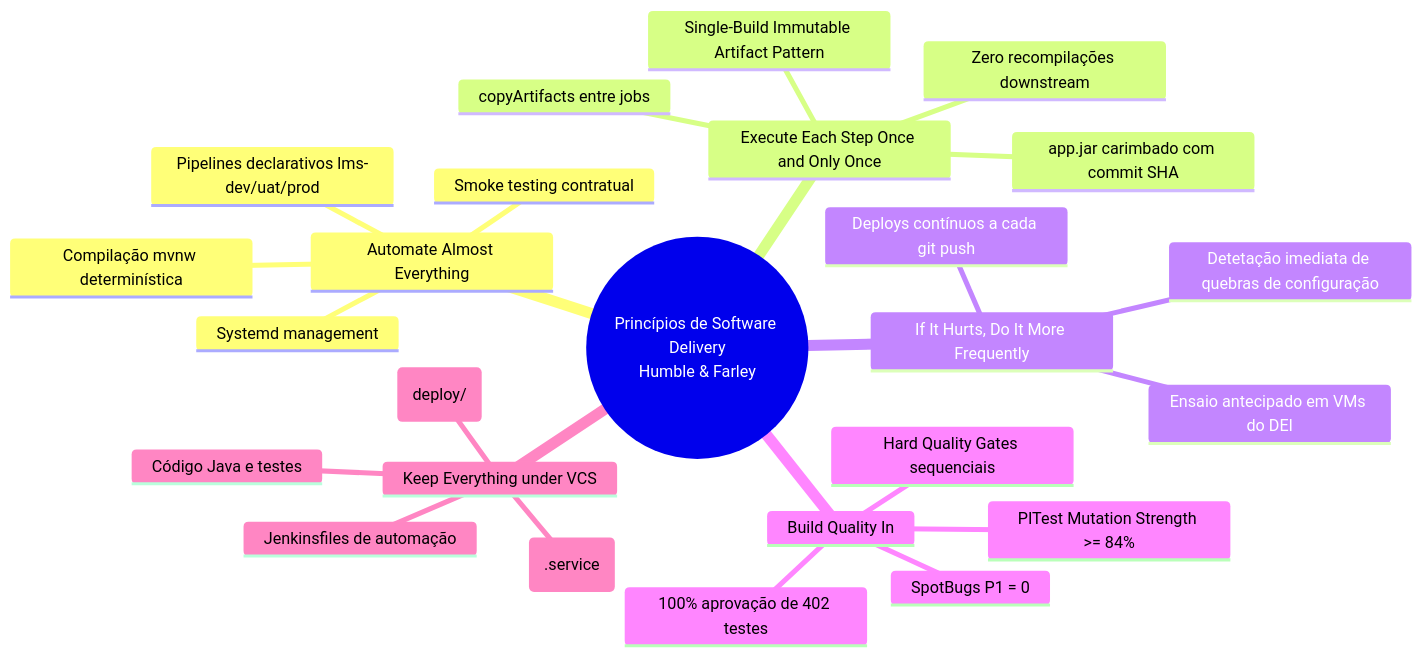
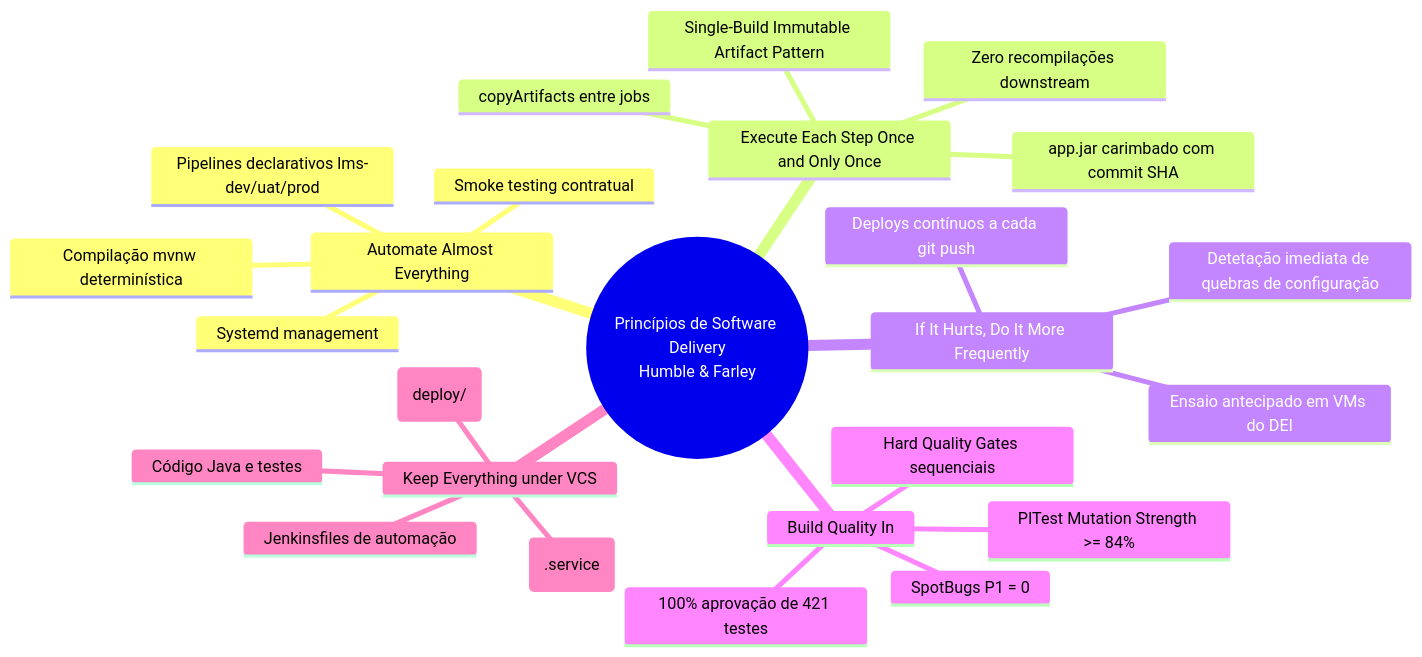
Before and after one commit to RafaelBrandao04/psoft-project-2026-1: the fourth of 4 diagrams in Docs/ODSOFT/process-evaluation/process-evaluation-and-improvement.md, drawn with Mermaid. The commit also changed other lines of this file and 19 other files, not shown here.

````diff
--- a/Docs/ODSOFT/process-evaluation/process-evaluation-and-improvement.md
+++ b/Docs/ODSOFT/process-evaluation/process-evaluation-and-improvement.md
@@ -257,33 +257,33 @@
 ```mermaid
 mindmap
   root((Princípios de Software Delivery<br/>Humble & Farley))
     Automate Almost Everything
       ::icon(fa fa-robot)
       Compilação mvnw determinística
       Pipelines declarativos lms-dev/uat/prod
       Systemd management
       Smoke testing contratual
     Execute Each Step Once and Only Once
       ::icon(fa fa-box)
       Single-Build Immutable Artifact Pattern
       app.jar carimbado com commit SHA
       copyArtifacts entre jobs
       Zero recompilações downstream
     If It Hurts, Do It More Frequently
       ::icon(fa fa-heartbeat)
       Deploys contínuos a cada git push
       Ensaio antecipado em VMs do DEI
       Detetação imediata de quebras de configuração
     Build Quality In
       ::icon(fa fa-shield-alt)
       Hard Quality Gates sequenciais
       SpotBugs P1 = 0
-      100% aprovação de 402 testes
+      100% aprovação de 421 testes
       PITest Mutation Strength >= 84%
     Keep Everything under VCS
       ::icon(fa fa-code-branch)
       Código Java e testes
       Scripts de infraestrutura (deploy/)
       Templates systemd (.service)
       Jenkinsfiles de automação
 ```
````
